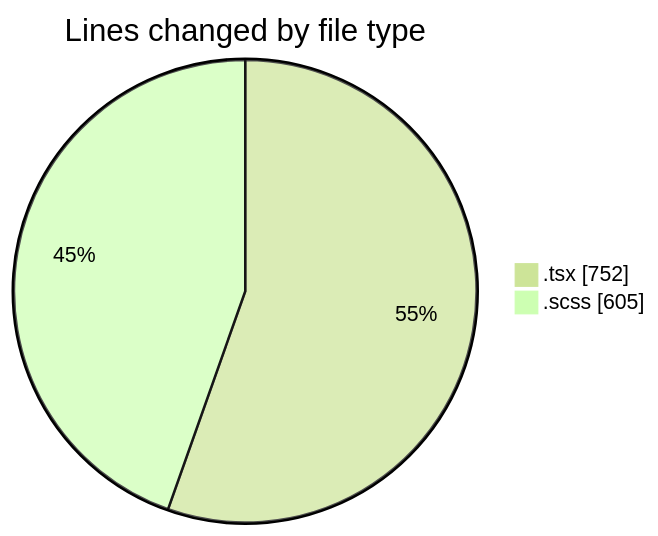
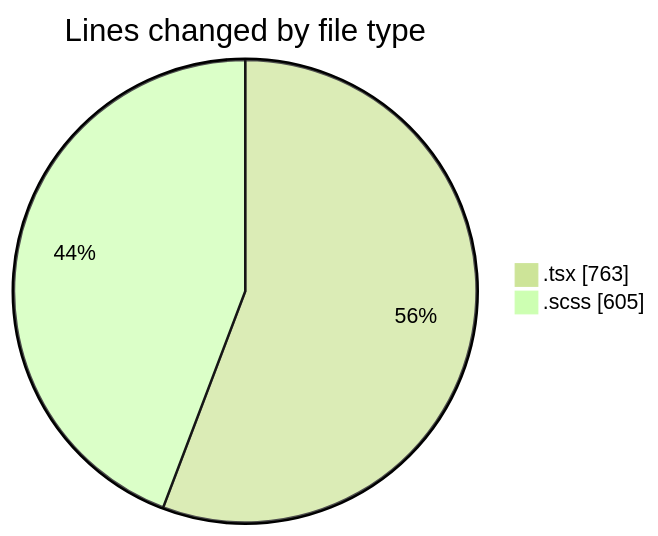
Before and after one commit to momahboobian/code-tracking: the first of 2 diagrams in 2025-03-27/cda/README.md, drawn with Mermaid (forest theme). The commit also changed other lines of this file and 1 other file, not shown here.

````diff
--- a/2025-03-27/cda/README.md
+++ b/2025-03-27/cda/README.md
@@ -22,6 +22,6 @@
 ```mermaid
 pie showData
 title Lines changed by file type
-".tsx" : 752
+".tsx" : 763
 ".scss" : 605
 ```
````
